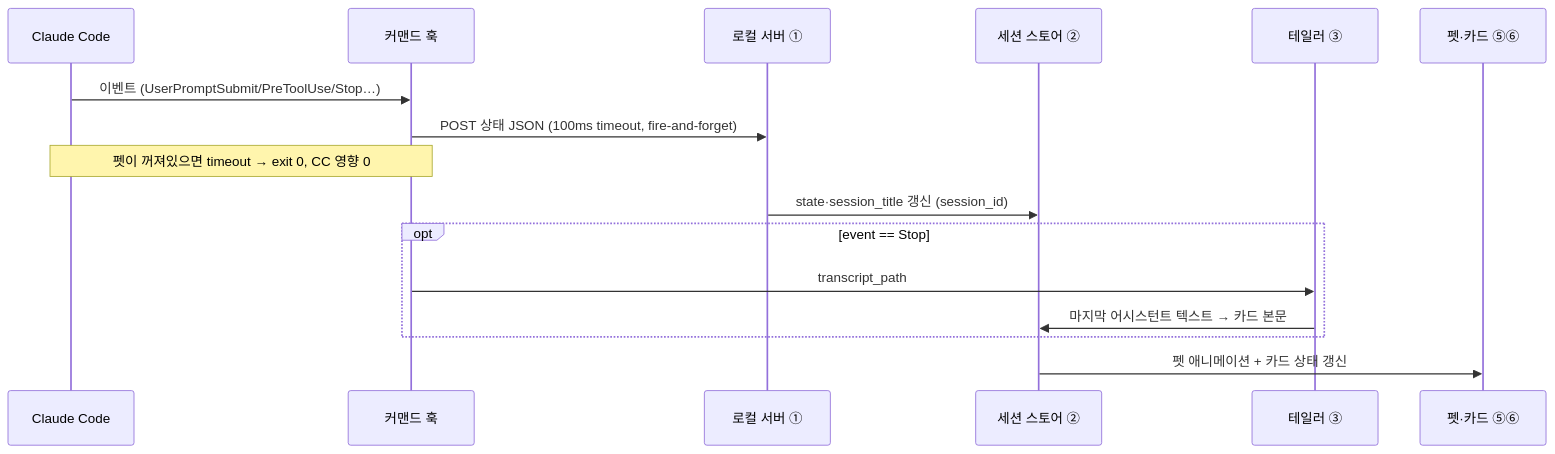
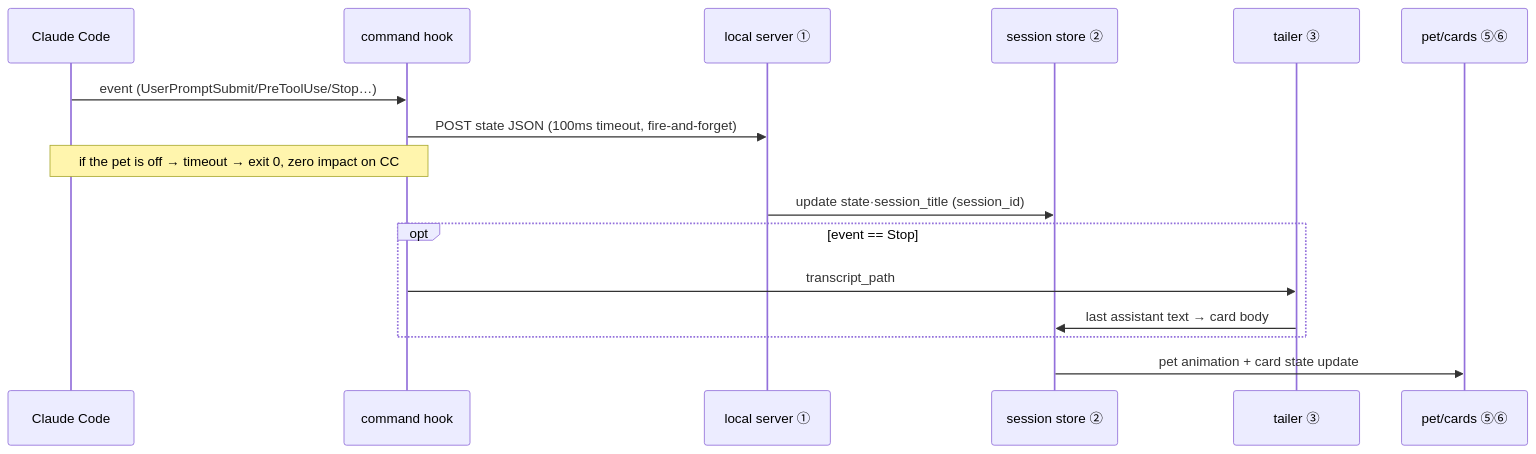
Before and after one commit to amsminn/Claude-Pet: the third of 4 diagrams in docs/01-architecture/overview.md, drawn with Mermaid. The commit also changed other lines of this file and 48 other files, not shown here.

````diff
--- a/docs/01-architecture/overview.md
+++ b/docs/01-architecture/overview.md
@@ -80,19 +81,19 @@
 ```mermaid
 sequenceDiagram
     participant CC as Claude Code
-    participant Hook as 커맨드 훅
-    participant Srv as 로컬 서버 ①
-    participant Store as 세션 스토어 ②
-    participant Tail as 테일러 ③
-    participant UI as 펫·카드 ⑤⑥
+    participant Hook as command hook
+    participant Srv as local server ①
+    participant Store as session store ②
+    participant Tail as tailer ③
+    participant UI as pet/cards ⑤⑥
 
-    CC->>Hook: 이벤트 (UserPromptSubmit/PreToolUse/Stop…)
-    Hook->>Srv: POST 상태 JSON (100ms timeout, fire-and-forget)
-    Note over Hook,CC: 펫이 꺼져있으면 timeout → exit 0, CC 영향 0
-    Srv->>Store: state·session_title 갱신 (session_id)
+    CC->>Hook: event (UserPromptSubmit/PreToolUse/Stop…)
+    Hook->>Srv: POST state JSON (100ms timeout, fire-and-forget)
+    Note over Hook,CC: if the pet is off → timeout → exit 0, zero impact on CC
+    Srv->>Store: update state·session_title (session_id)
     opt event == Stop
         Hook->>Tail: transcript_path
-        Tail->>Store: 마지막 어시스턴트 텍스트 → 카드 본문
+        Tail->>Store: last assistant text → card body
     end
-    Store->>UI: 펫 애니메이션 + 카드 상태 갱신
+    Store->>UI: pet animation + card state update
 ```
````
